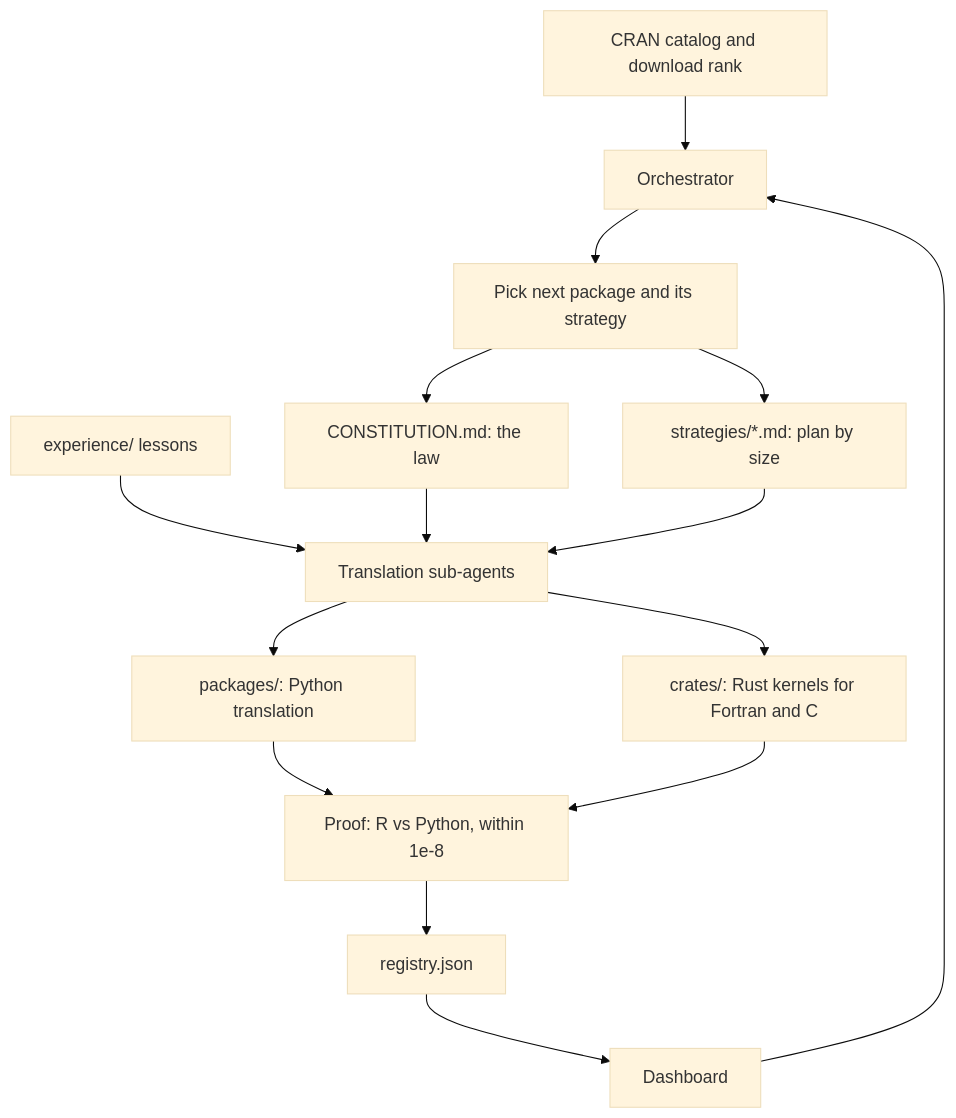
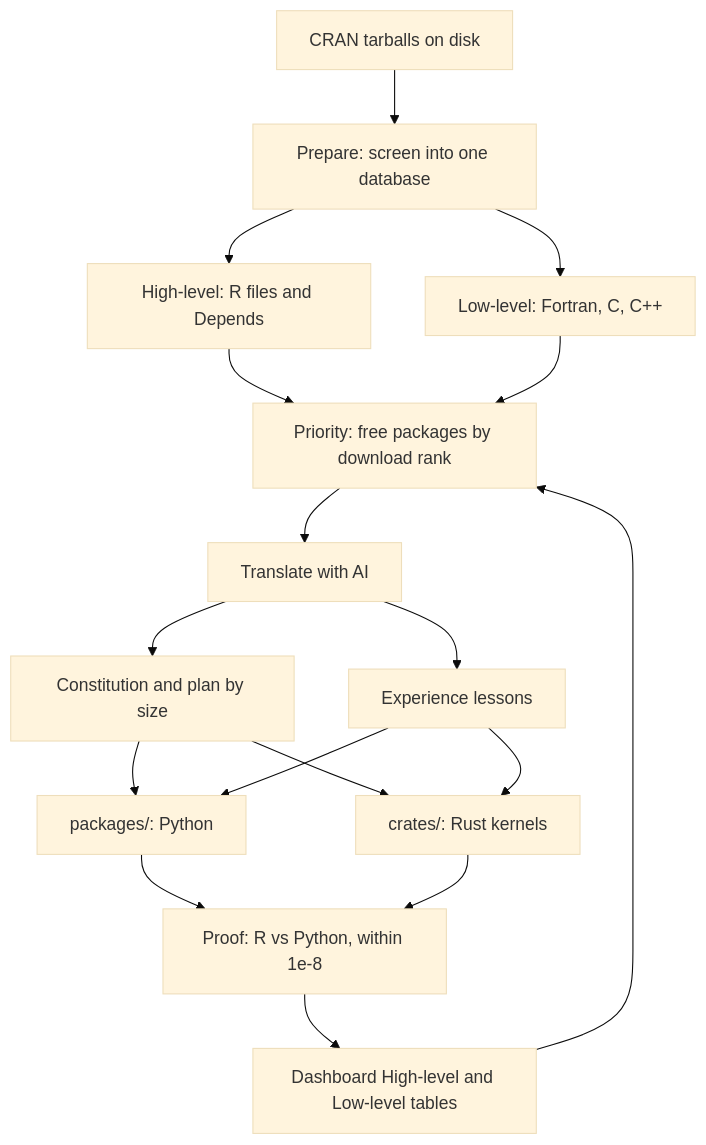
Before and after one commit to elmahyai/killr: the diagram in docs/strategy.md, drawn with Mermaid (base theme). The commit also changed other lines of this file and 2 other files, not shown here.

Commit message:
Rewrite the public page around About, package progress, and low-level code.

````diff
--- a/docs/strategy.md
+++ b/docs/strategy.md
@@ -7,17 +7,19 @@
 ```mermaid
 flowchart TD
-    Cat["CRAN catalog and download rank"] --> Orch["Orchestrator"]
-    Orch --> Pick["Pick next package and its strategy"]
-    Pick --> Const["CONSTITUTION.md: the law"]
-    Pick --> Strat["strategies/*.md: plan by size"]
-    Exp["experience/ lessons"] --> Sub
-    Const --> Sub["Translation sub-agents"]
-    Strat --> Sub
-    Sub --> Kern["crates/: Rust kernels for Fortran and C"]
-    Sub --> Py["packages/: Python translation"]
+    Cat["CRAN tarballs on disk"] --> Prep["Prepare: screen into one database"]
+    Prep --> Low["Low-level: Fortran, C, C++"]
+    Prep --> High["High-level: R files and Depends"]
+    High --> Rank["Priority: free packages by download rank"]
+    Low --> Rank
+    Rank --> AI["Translate with AI"]
+    AI --> Const["Constitution and plan by size"]
+    AI --> Exp["Experience lessons"]
+    Const --> Py["packages/: Python"]
+    Const --> Kern["crates/: Rust kernels"]
+    Exp --> Py
+    Exp --> Kern
     Py --> Proof["Proof: R vs Python, within 1e-8"]
     Kern --> Proof
-    Proof --> Reg["registry.json"]
-    Reg --> Dash["Dashboard"]
-    Dash --> Orch
+    Proof --> Dash["Dashboard High-level and Low-level tables"]
+    Dash --> Rank
 ```
````
